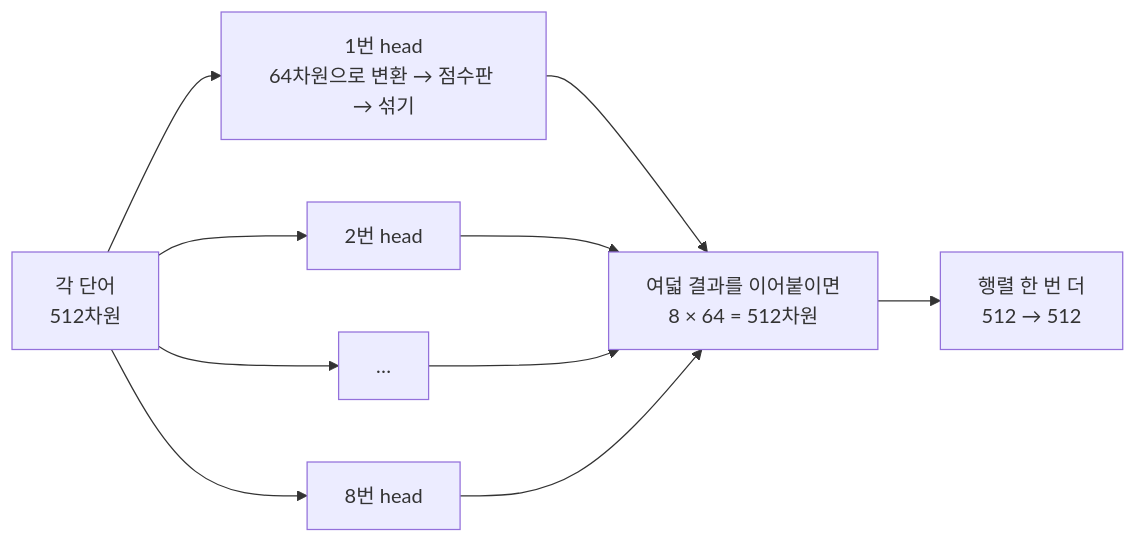
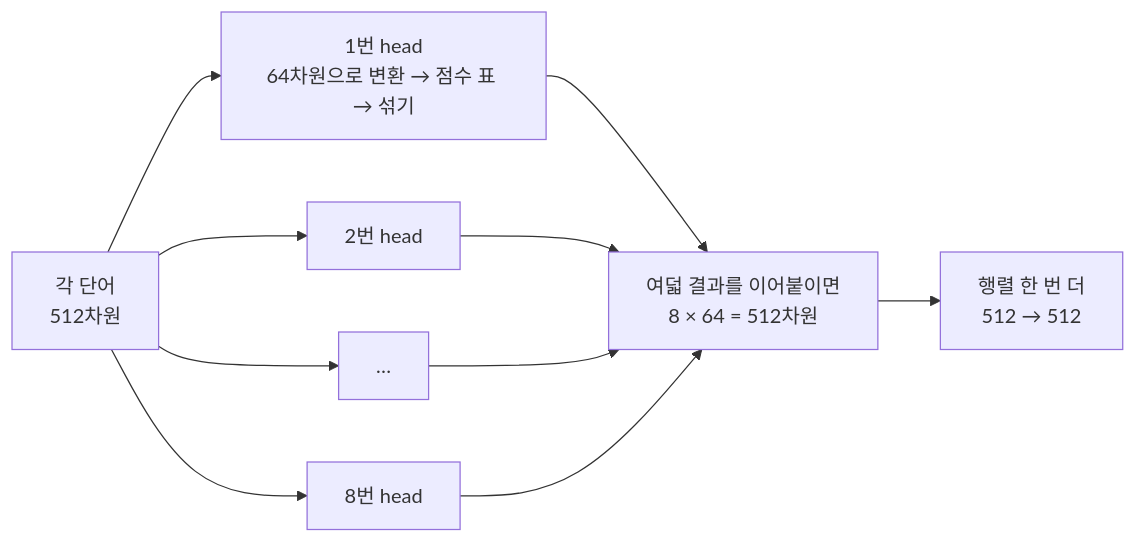
The fourth of 4 diagrams in paper-reviews/1706.03762-attention-is-all-you-need.qmd (qoal1201/qoal1201.github.io), drawn with Mermaid before and after one commit. The commit also changed other lines of this file and 2 other files, not shown here.

````diff
--- a/paper-reviews/1706.03762-attention-is-all-you-need.qmd
+++ b/paper-reviews/1706.03762-attention-is-all-you-need.qmd
@@ -290,12 +287,12 @@
 ```{mermaid}
 flowchart LR
-    E["각 단어<br/>512차원"] --> H1["1번 head<br/>64차원으로 변환 → 점수판 → 섞기"]
+    E["각 단어<br/>512차원"] --> H1["1번 head<br/>64차원으로 변환 → 점수 표 → 섞기"]
     E --> H2["2번 head"]
     E --> HD["…"]
     E --> H8["8번 head"]
     H1 --> C["여덟 결과를 이어붙이면<br/>8 × 64 = 512차원"]
     H2 --> C
     HD --> C
     H8 --> C
     C --> O["행렬 한 번 더<br/>512 → 512"]
 ```
````
